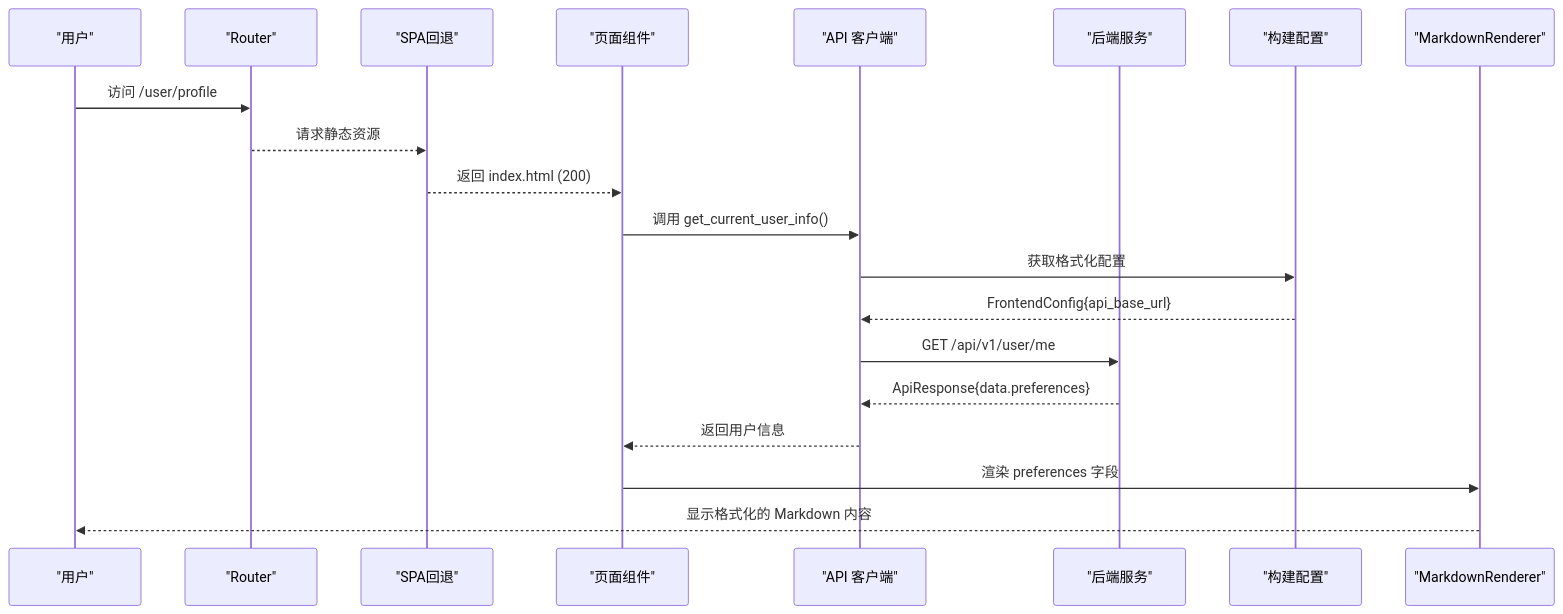
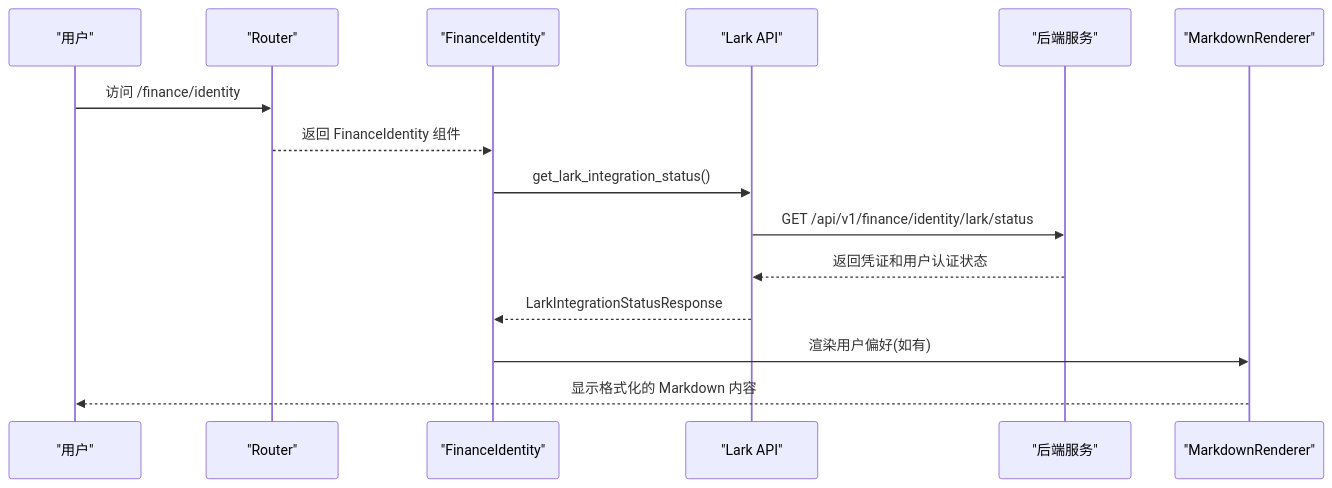
One commit to runningcoders/ai_orz changed the second of 16 diagrams in .qoder/repowiki/zh/content/前端应用/前端应用.md. Above: the diagram before and after it, drawn with Mermaid. The commit also changed other lines of this file and 9 other files, not shown here.

````diff
--- a/.qoder/repowiki/zh/content/前端应用/前端应用.md
+++ b/.qoder/repowiki/zh/content/前端应用/前端应用.md
@@ -143,22 +159,17 @@
 ```mermaid
 sequenceDiagram
 participant U as "用户"
 participant R as "Router"
-participant S as "SPA回退"
-participant P as "页面组件"
-participant A as "API 客户端"
+participant FI as "FinanceIdentity"
+participant LA as "Lark API"
 participant B as "后端服务"
-participant BC as "构建配置"
 participant MR as "MarkdownRenderer"
-U->>R : 访问 /user/profile
-R-->>S : 请求静态资源
-S-->>P : 返回 index.html (200)
-P->>A : 调用 get_current_user_info()
-A->>BC : 获取格式化配置
-BC-->>A : FrontendConfig{api_base_url}
-A->>B : GET /api/v1/user/me
-B-->>A : ApiResponse{data.preferences}
-A-->>P : 返回用户信息
-P->>MR : 渲染 preferences 字段
+U->>R : 访问 /finance/identity
+R-->>FI : 返回 FinanceIdentity 组件
+FI->>LA : get_lark_integration_status()
+LA->>B : GET /api/v1/finance/identity/lark/status
+B-->>LA : 返回凭证和用户认证状态
+LA-->>FI : LarkIntegrationStatusResponse
+FI->>MR : 渲染用户偏好(如有)
 MR-->>U : 显示格式化的 Markdown 内容
 ```
````
